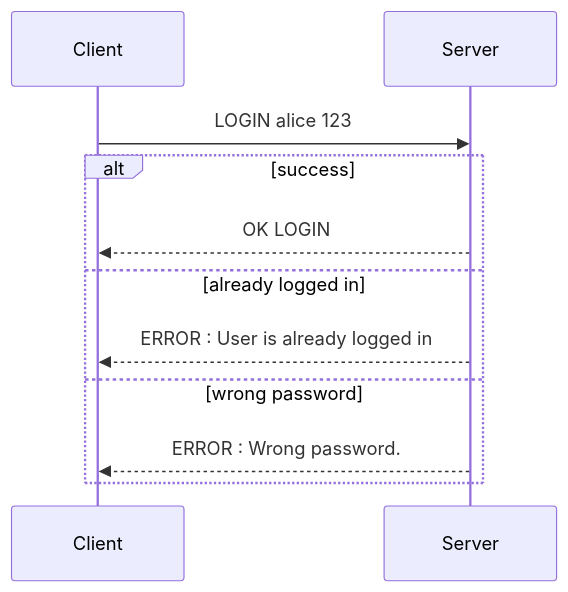
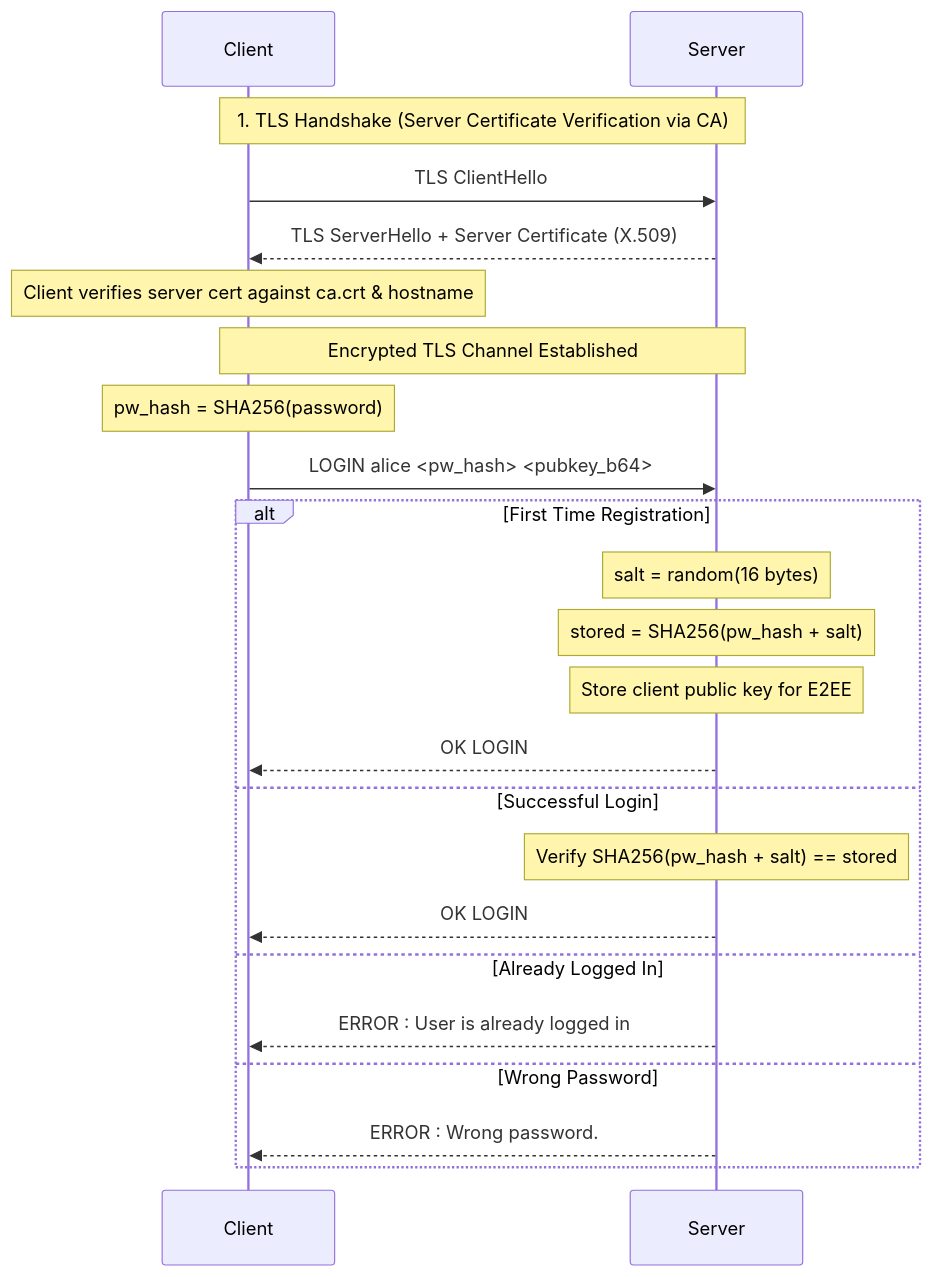
Before and after one commit to jazpeak/tcp-chat-file-transfer: the first of 5 diagrams in docs/PROTOCOL.md, drawn with Mermaid. The commit also changed other lines of this file and 12 other files, not shown here.

Commit message:
feat: implement TLS transport security, E2EE relay, and SHA-256 integrity checks

````diff
--- a/docs/PROTOCOL.md
+++ b/docs/PROTOCOL.md
@@ -18,13 +22,25 @@
 ```mermaid
 sequenceDiagram
     participant C as Client
     participant S as Server
-    C->>S: LOGIN alice 123
-    alt success
+    Note over C,S: 1. TLS Handshake (Server Certificate Verification via CA)
+    C->>S: TLS ClientHello
+    S-->>C: TLS ServerHello + Server Certificate (X.509)
+    Note over C: Client verifies server cert against ca.crt & hostname
+    Note over C,S: Encrypted TLS Channel Established
+    Note over C: pw_hash = SHA256(password)
+    C->>S: LOGIN alice <pw_hash> <pubkey_b64>
+    alt First Time Registration
+        Note over S: salt = random(16 bytes)
+        Note over S: stored = SHA256(pw_hash + salt)
+        Note over S: Store client public key for E2EE
         S-->>C: OK LOGIN
-    else already logged in
+    else Successful Login
+        Note over S: Verify SHA256(pw_hash + salt) == stored
+        S-->>C: OK LOGIN
+    else Already Logged In
         S-->>C: ERROR : User is already logged in
-    else wrong password
+    else Wrong Password
         S-->>C: ERROR : Wrong password.
     end
 ```
````
